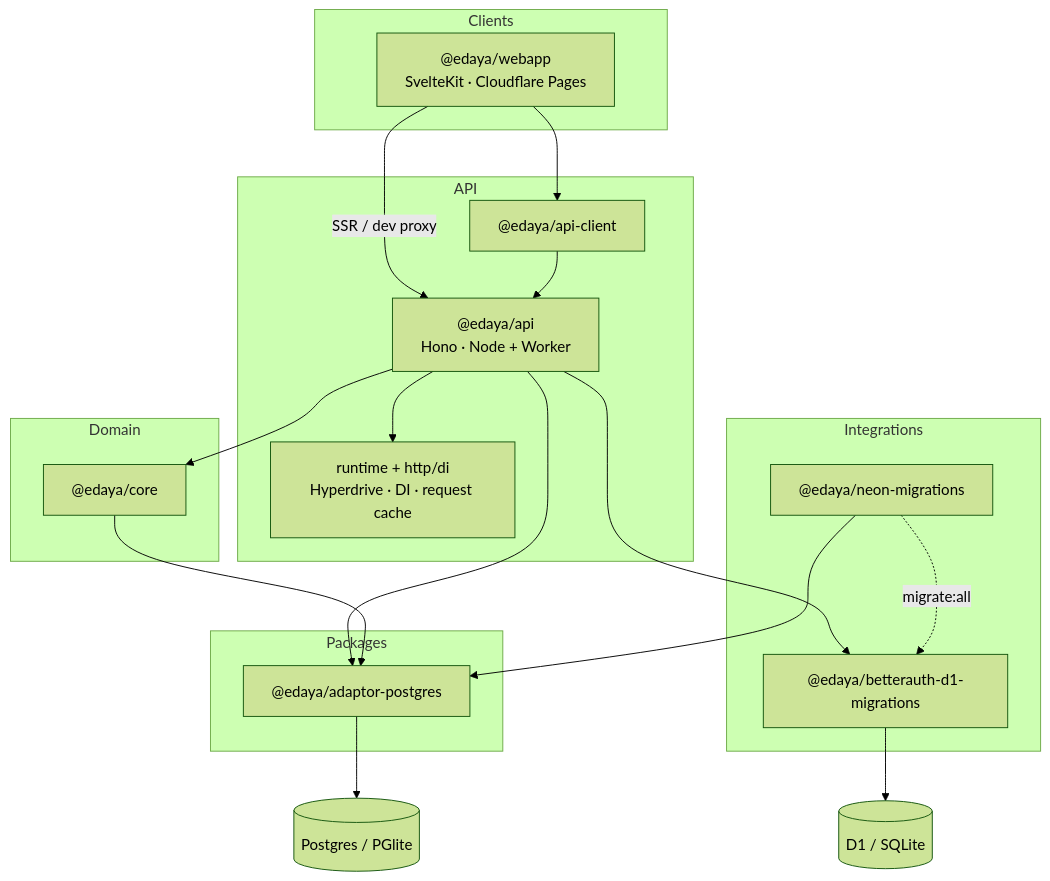
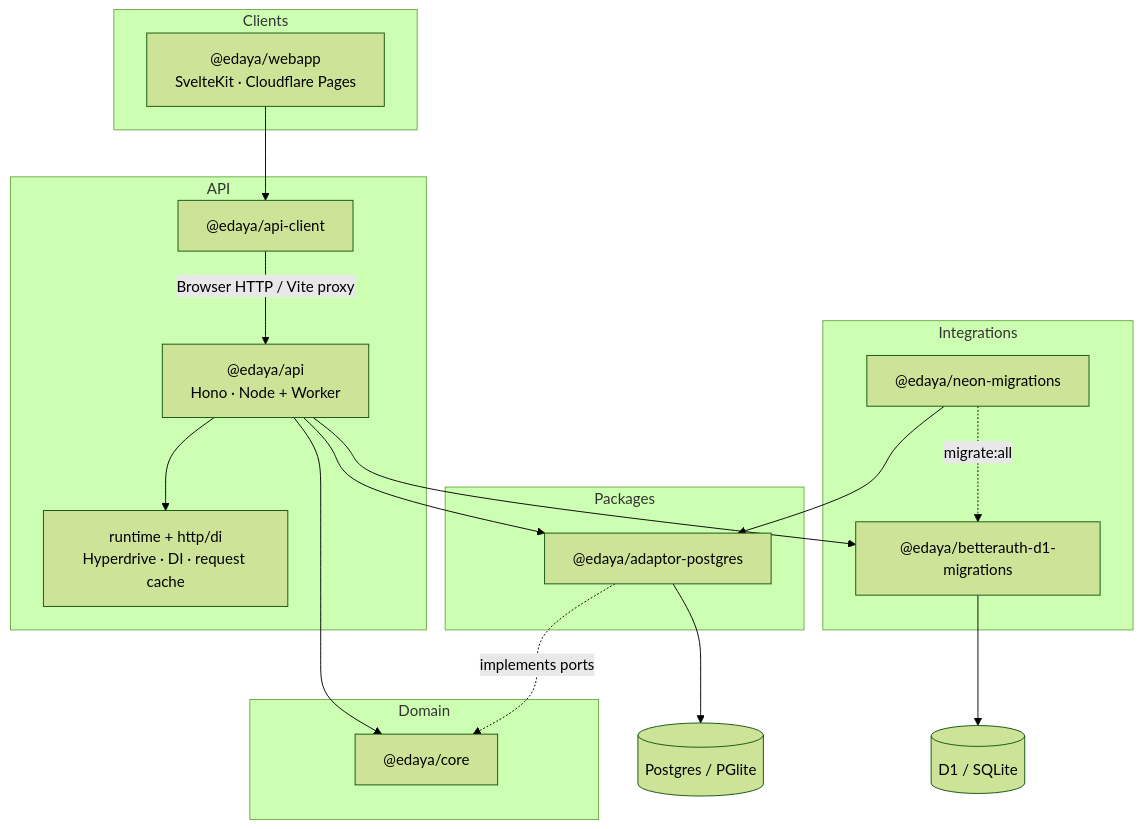
The diagram in README.md (Maya-Invest/edaya_backend), drawn with Mermaid (forest theme) before and after one commit. The commit also changed other lines of this file and 309 other files, not shown here.

````diff
--- a/README.md
+++ b/README.md
@@ -33,38 +33,37 @@
 ```mermaid
 flowchart TB
   subgraph clients["Clients"]
     Webapp["@edaya/webapp<br/>SvelteKit · Cloudflare Pages"]
   end
 
   subgraph api_layer["API"]
     API["@edaya/api<br/>Hono · Node + Worker"]
     Client["@edaya/api-client"]
     WorkerHost["runtime + http/di<br/>Hyperdrive · DI · request cache"]
   end
 
   subgraph domain["Domain"]
     Core["@edaya/core"]
   end
 
   subgraph packages["Packages"]
     PG["@edaya/adaptor-postgres"]
   end
 
   subgraph integrations["Integrations"]
     Auth["@edaya/betterauth-d1-migrations"]
     NeonM["@edaya/neon-migrations"]
   end
 
   Webapp --> Client
-  Webapp -->|SSR / dev proxy| API
-  Client --> API
+  Client -->|Browser HTTP / Vite proxy| API
   API --> WorkerHost
   API --> Core
   API --> PG
   API --> Auth
-  Core --> PG
+  PG -.->|implements ports| Core
   NeonM --> PG
   NeonM -.->|migrate:all| Auth
   PG --> SchoolDB[(Postgres / PGlite)]
   Auth --> AuthDB[(D1 / SQLite)]
 ```
````
